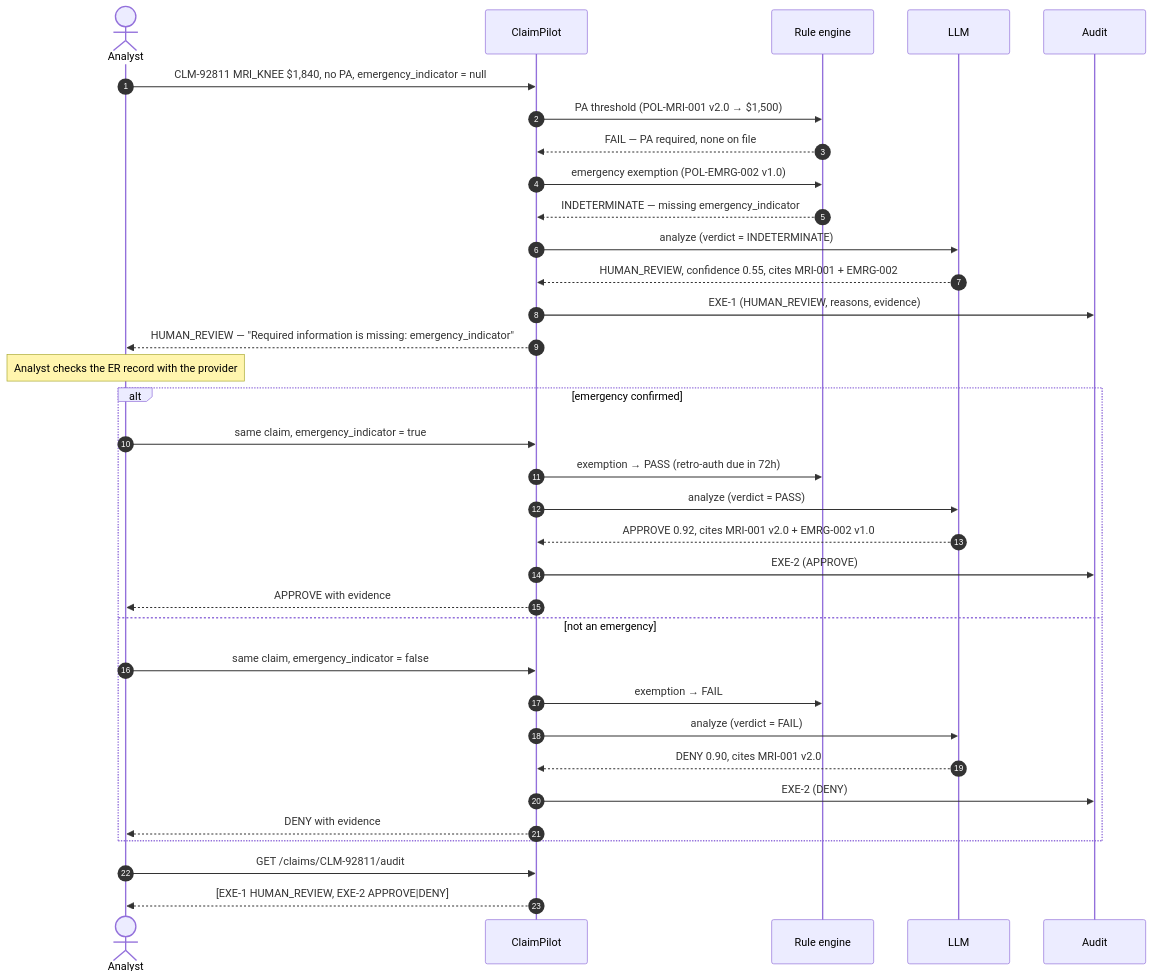
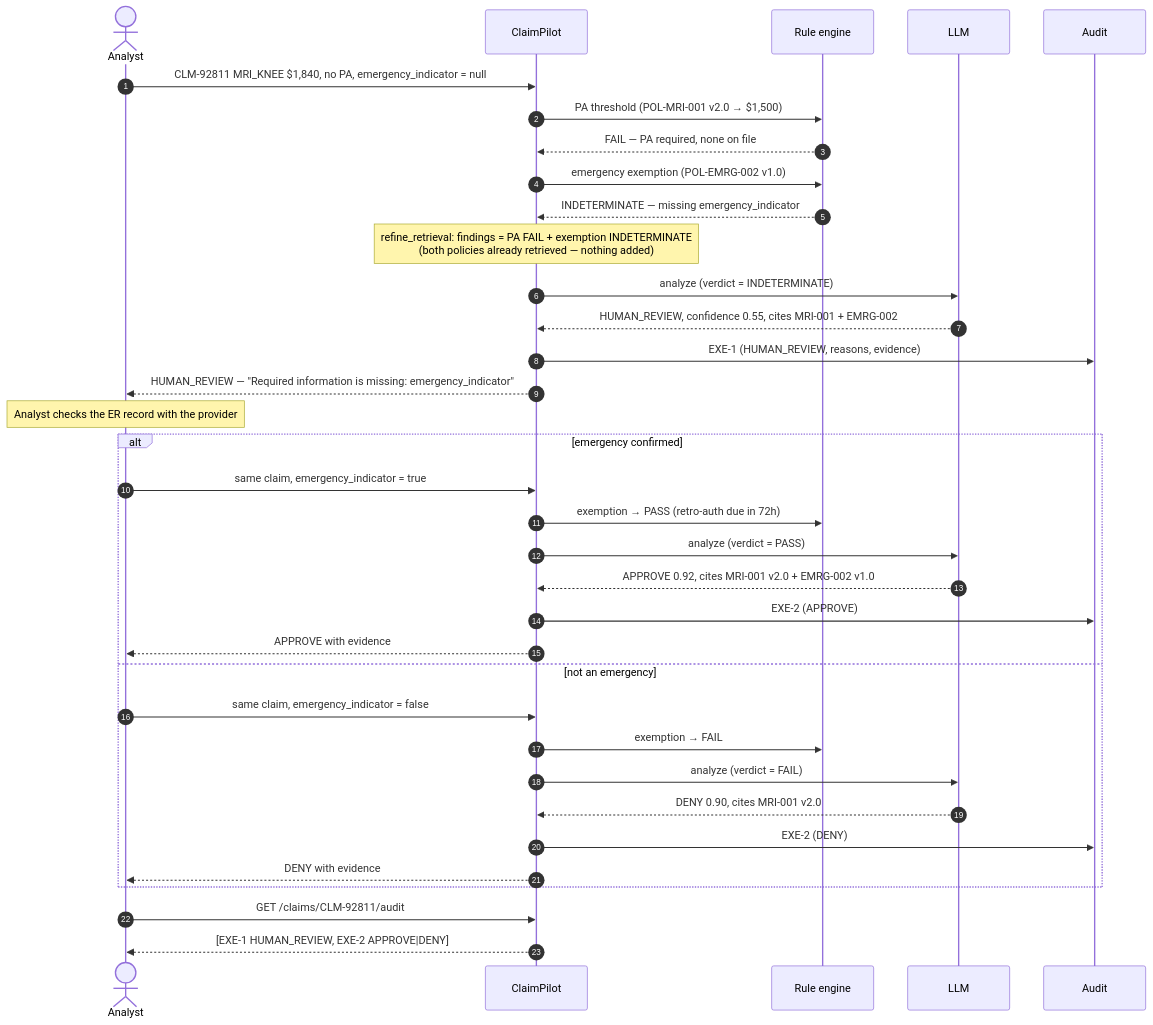
Diagram 11 of 17 in docs/ARCHITECTURE.md (jefersonbraga/ClaimPilot), drawn with Mermaid before and after one commit. The commit also changed other lines of this file and 16 other files, not shown here.

````diff
--- a/docs/ARCHITECTURE.md
+++ b/docs/ARCHITECTURE.md
@@ -629,40 +655,41 @@
 ```mermaid
 sequenceDiagram
     autonumber
     actor A as Analyst
     participant CP as ClaimPilot
     participant T as Rule engine
     participant L as LLM
     participant AU as Audit
 
     A->>CP: CLM-92811 MRI_KNEE $1,840, no PA, emergency_indicator = null
     CP->>T: PA threshold (POL-MRI-001 v2.0 → $1,500)
     T-->>CP: FAIL — PA required, none on file
     CP->>T: emergency exemption (POL-EMRG-002 v1.0)
     T-->>CP: INDETERMINATE — missing emergency_indicator
+    Note over CP: refine_retrieval: findings = PA FAIL + exemption INDETERMINATE<br/>(both policies already retrieved — nothing added)
     CP->>L: analyze (verdict = INDETERMINATE)
     L-->>CP: HUMAN_REVIEW, confidence 0.55, cites MRI-001 + EMRG-002
     CP->>AU: EXE-1 (HUMAN_REVIEW, reasons, evidence)
     CP-->>A: HUMAN_REVIEW — "Required information is missing: emergency_indicator"
 
     Note over A: Analyst checks the ER record with the provider
 
     alt emergency confirmed
         A->>CP: same claim, emergency_indicator = true
         CP->>T: exemption → PASS (retro-auth due in 72h)
         CP->>L: analyze (verdict = PASS)
         L-->>CP: APPROVE 0.92, cites MRI-001 v2.0 + EMRG-002 v1.0
         CP->>AU: EXE-2 (APPROVE)
         CP-->>A: APPROVE with evidence
     else not an emergency
         A->>CP: same claim, emergency_indicator = false
         CP->>T: exemption → FAIL
         CP->>L: analyze (verdict = FAIL)
         L-->>CP: DENY 0.90, cites MRI-001 v2.0
         CP->>AU: EXE-2 (DENY)
         CP-->>A: DENY with evidence
     end
 
     A->>CP: GET /claims/CLM-92811/audit
     CP-->>A: [EXE-1 HUMAN_REVIEW, EXE-2 APPROVE|DENY]
 ```
````
